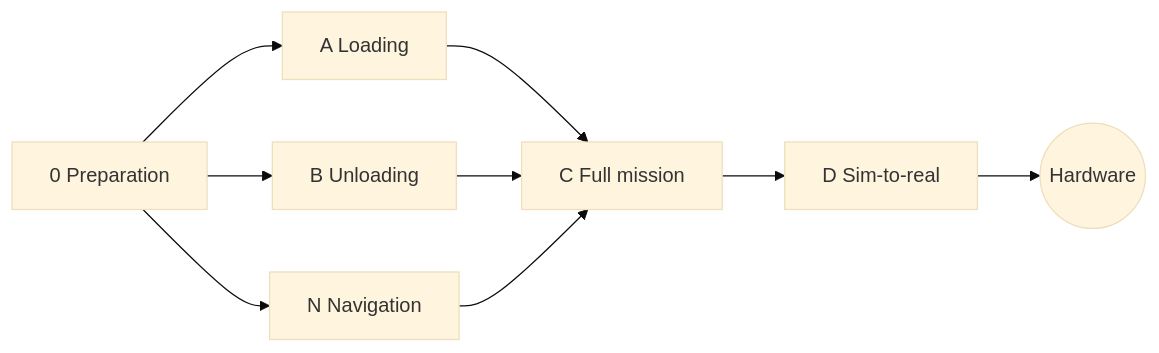
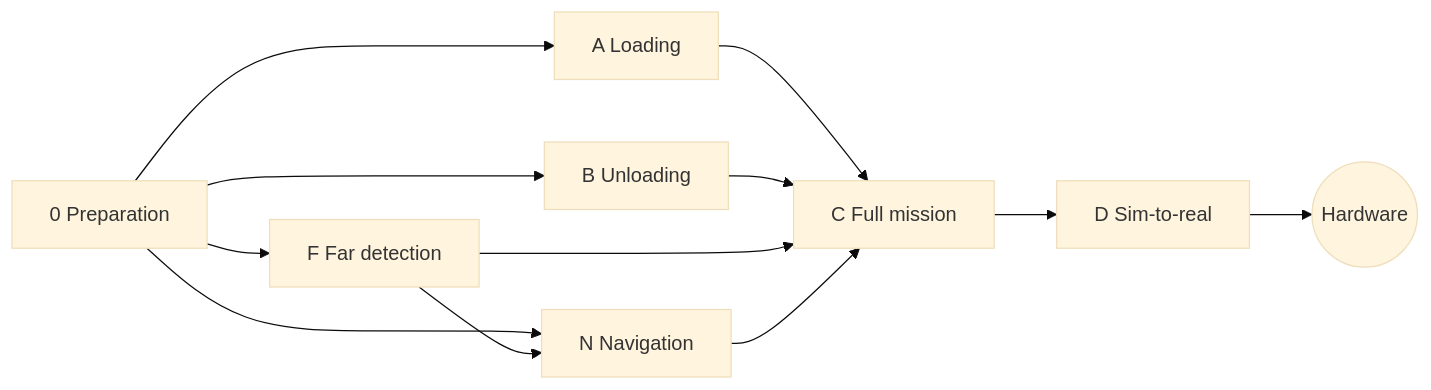
Before and after one commit to anka335/Alien-Bazaar-Hackaton: the diagram in docs/plan.md, drawn with Mermaid (base theme). The commit also changed other lines of this file and 9 other files, not shown here.

First line of the commit message:
docs: split far detection into its own stage F (D-036)

````diff
--- a/docs/plan.md
+++ b/docs/plan.md
@@ -5,11 +5,14 @@
 ```mermaid
 graph LR
   S0[0 Preparation] --> SA[A Loading]
   S0 --> SB[B Unloading]
+  S0 --> SF[F Far detection]
   S0 --> SN[N Navigation]
+  SF --> SN
   SA --> SC[C Full mission]
   SB --> SC
+  SF --> SC
   SN --> SC
   SC --> SD[D Sim-to-real]
   SD --> S3((Hardware))
 ```
````
